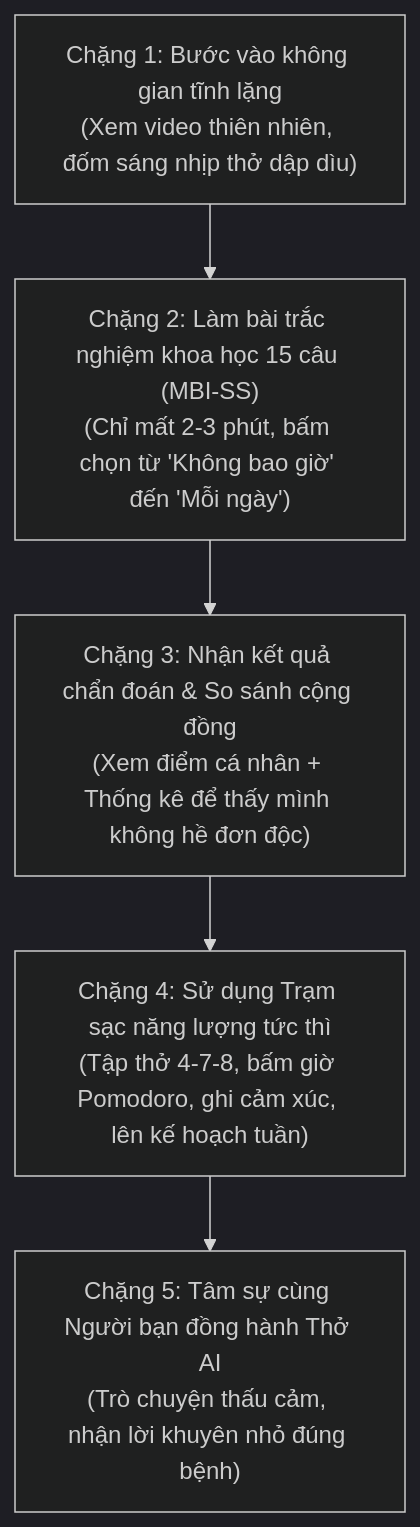
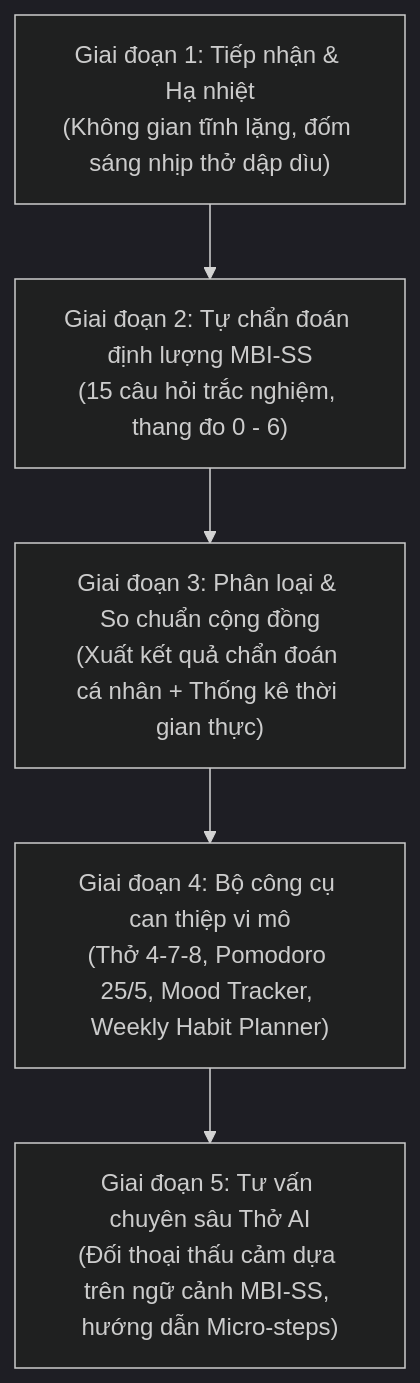
Before and after one commit to minhnguyencong1711/thobreathing: the diagram in docs/PROJECT_DOCUMENTATION.md, drawn with Mermaid (dark theme). The commit also changed other lines of this file, not shown here.

````diff
--- a/docs/PROJECT_DOCUMENTATION.md
+++ b/docs/PROJECT_DOCUMENTATION.md
@@ -56,7 +69,7 @@
 ```mermaid
 flowchart TD
-    S1["Chặng 1: Bước vào không gian tĩnh lặng<br/>(Xem video thiên nhiên, đốm sáng nhịp thở dập dìu)"] --> S2["Chặng 2: Làm bài trắc nghiệm khoa học 15 câu (MBI-SS)<br/>(Chỉ mất 2-3 phút, bấm chọn từ 'Không bao giờ' đến 'Mỗi ngày')"]
-    S2 --> S3["Chặng 3: Nhận kết quả chẩn đoán & So sánh cộng đồng<br/>(Xem điểm cá nhân + Thống kê để thấy mình không hề đơn độc)"]
-    S3 --> S4["Chặng 4: Sử dụng Trạm sạc năng lượng tức thì<br/>(Tập thở 4-7-8, bấm giờ Pomodoro, ghi cảm xúc, lên kế hoạch tuần)"]
-    S4 --> S5["Chặng 5: Tâm sự cùng Người bạn đồng hành Thở AI<br/>(Trò chuyện thấu cảm, nhận lời khuyên nhỏ đúng bệnh)"]
+    S1["Giai đoạn 1: Tiếp nhận & Hạ nhiệt<br/>(Không gian tĩnh lặng, đốm sáng nhịp thở dập dìu)"] --> S2["Giai đoạn 2: Tự chẩn đoán định lượng MBI-SS<br/>(15 câu hỏi trắc nghiệm, thang đo 0 - 6)"]
+    S2 --> S3["Giai đoạn 3: Phân loại & So chuẩn cộng đồng<br/>(Xuất kết quả chẩn đoán cá nhân + Thống kê thời gian thực)"]
+    S3 --> S4["Giai đoạn 4: Bộ công cụ can thiệp vi mô<br/>(Thở 4-7-8, Pomodoro 25/5, Mood Tracker, Weekly Habit Planner)"]
+    S4 --> S5["Giai đoạn 5: Tư vấn chuyên sâu Thở AI<br/>(Đối thoại thấu cảm dựa trên ngữ cảnh MBI-SS, hướng dẫn Micro-steps)"]
 ```
````
